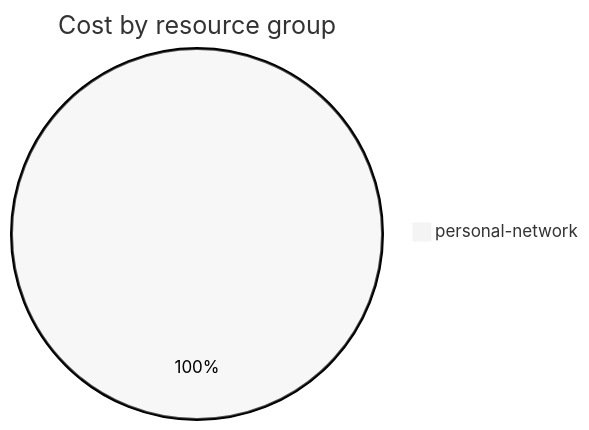
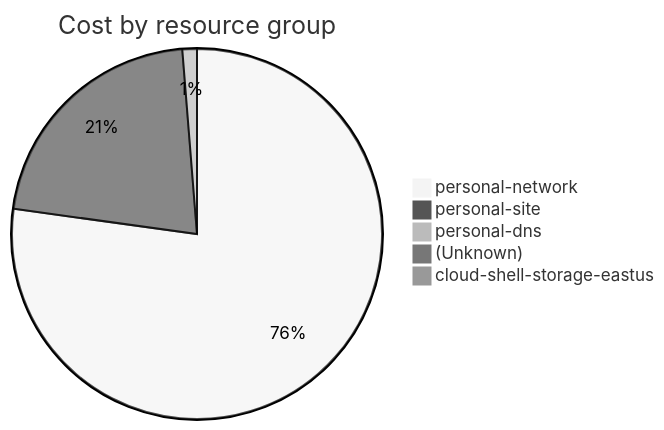
The fourth of 4 diagrams in cost-reports/accumulated-cost.md (jpfulton/azure-personal-reports), drawn with Mermaid (neutral theme) before and after one commit. The commit also changed other lines of this file and 4 other files, not shown here.

````diff
--- a/cost-reports/accumulated-cost.md
+++ b/cost-reports/accumulated-cost.md
@@ -119,5 +155,9 @@
 ```mermaid
 pie
    title Cost by resource group
-   "personal-network" : 0.10
+   "personal-network" : 4.87
+   "personal-site" : 1.36
+   "personal-dns" : 0.08
+   "(Unknown)" : 0.06
+   "cloud-shell-storage-eastus" : 0.02
 ```
````
